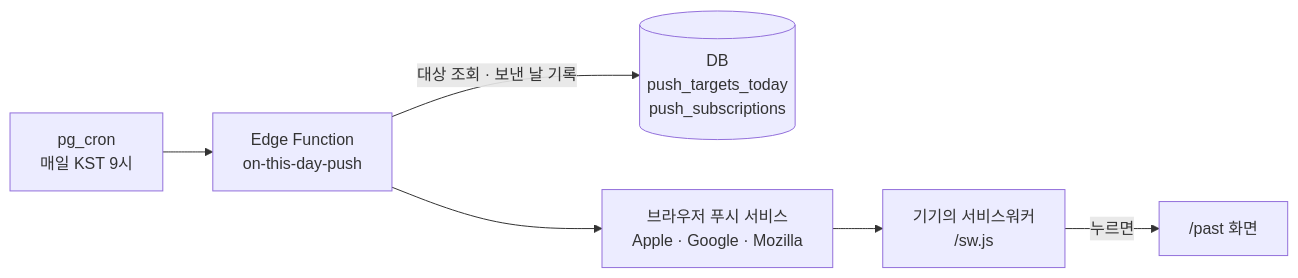
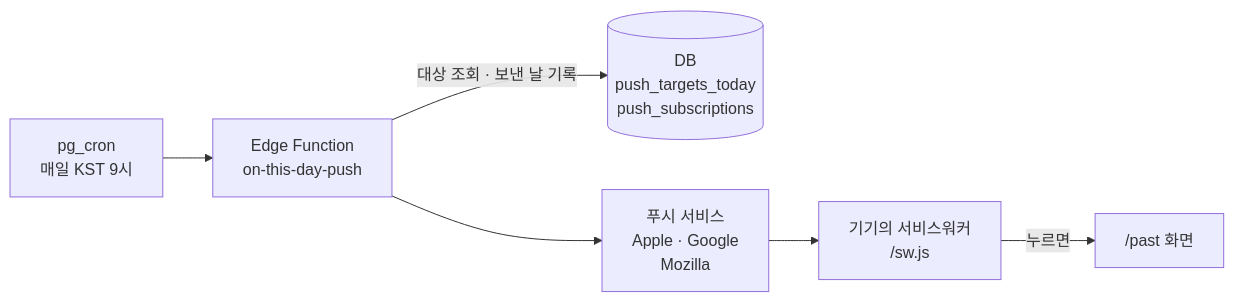
One commit to choitjddn0311/nook changed the second of 2 diagrams in docs/api.md. Above: the diagram before and after it, drawn with Mermaid.

Commit message:
docs: 알림 흐름 그림 글자 줄바꿈 정리

````diff
--- a/docs/api.md
+++ b/docs/api.md
@@ -44,8 +44,8 @@
 ```mermaid
 flowchart LR
   CRON["pg_cron<br/>매일 KST 9시"] --> EF["Edge Function<br/>on-this-day-push"]
   EF -- "대상 조회 · 보낸 날 기록" --> DB[("DB<br/>push_targets_today<br/>push_subscriptions")]
-  EF --> PUSH["브라우저 푸시 서비스<br/>Apple · Google · Mozilla"]
+  EF --> PUSH["푸시 서비스<br/>Apple · Google<br/>Mozilla"]
   PUSH --> SW["기기의 서비스워커<br/>/sw.js"]
   SW -- "누르면" --> PAST["/past 화면"]
 ```
````
